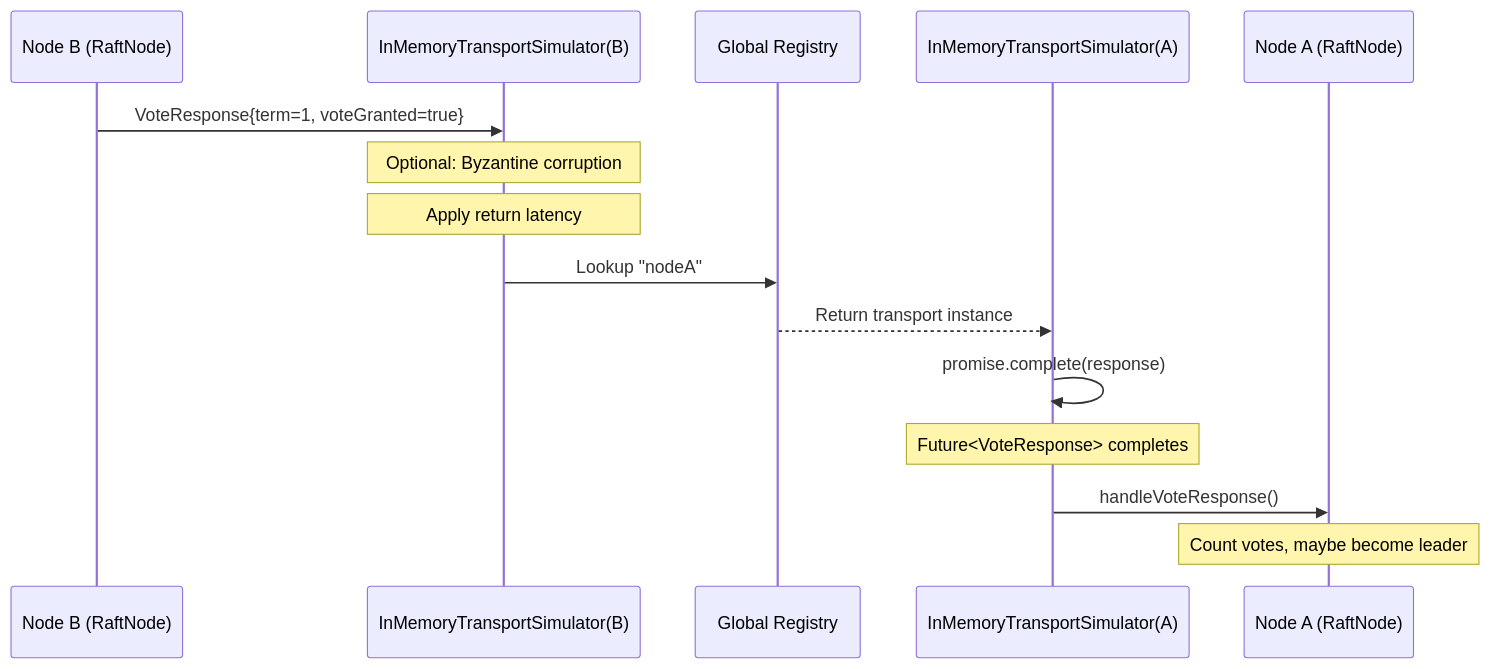
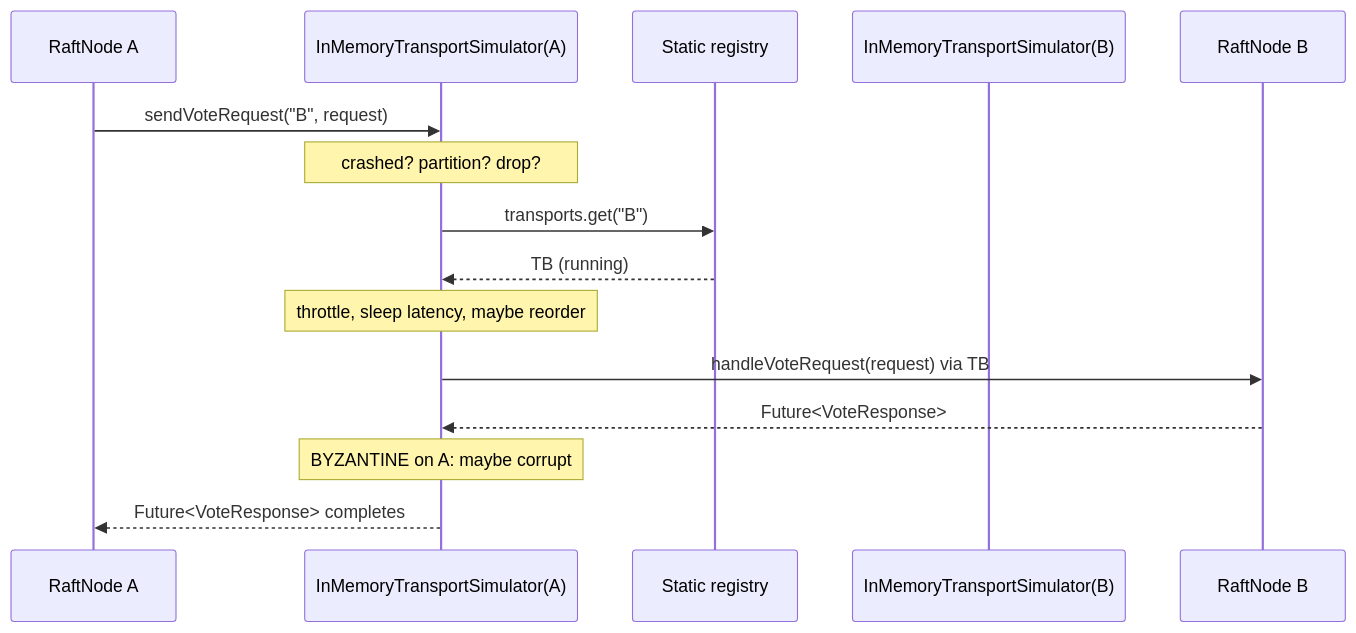
The second of 2 diagrams in docs-design/design/QUORUS_IN_MEMORY_SIMULATORS_DESIGN.md (mraysmit/quorus), drawn with Mermaid before and after one commit. The commit also changed other lines of this file and 50 other files, not shown here.

````diff
--- a/docs-design/design/QUORUS_IN_MEMORY_SIMULATORS_DESIGN.md
+++ b/docs-design/design/QUORUS_IN_MEMORY_SIMULATORS_DESIGN.md
@@ -456,18 +218,18 @@
 ```mermaid
 sequenceDiagram
-    participant RaftB as Node B (RaftNode)
-    participant TransB as InMemoryTransportSimulator(B)
-    participant Registry as Global Registry
-    participant TransA as InMemoryTransportSimulator(A)
-    participant RaftA as Node A (RaftNode)
-    
-    RaftB->>TransB: VoteResponse{term=1, voteGranted=true}
-    Note over TransB: Optional: Byzantine corruption
-    Note over TransB: Apply return latency
-    TransB->>Registry: Lookup "nodeA"
-    Registry-->>TransA: Return transport instance
-    TransA->>TransA: promise.complete(response)
-    Note over TransA: Future<VoteResponse> completes
-    TransA->>RaftA: handleVoteResponse()
-    Note over RaftA: Count votes, maybe become leader
+    participant A as RaftNode A
+    participant TA as InMemoryTransportSimulator(A)
+    participant Reg as Static registry
+    participant TB as InMemoryTransportSimulator(B)
+    participant B as RaftNode B
+
+    A->>TA: sendVoteRequest("B", request)
+    Note over TA: crashed? partition? drop?
+    TA->>Reg: transports.get("B")
+    Reg-->>TA: TB (running)
+    Note over TA: throttle, sleep latency, maybe reorder
+    TA->>B: handleVoteRequest(request) via TB
+    B-->>TA: Future<VoteResponse>
+    Note over TA: BYZANTINE on A: maybe corrupt
+    TA-->>A: Future<VoteResponse> completes
 ```
````
